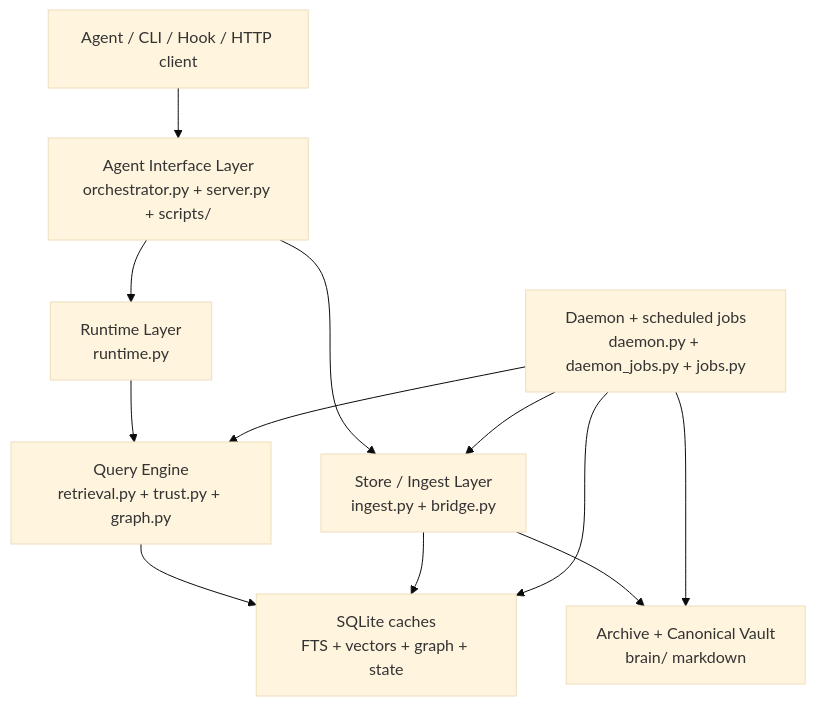
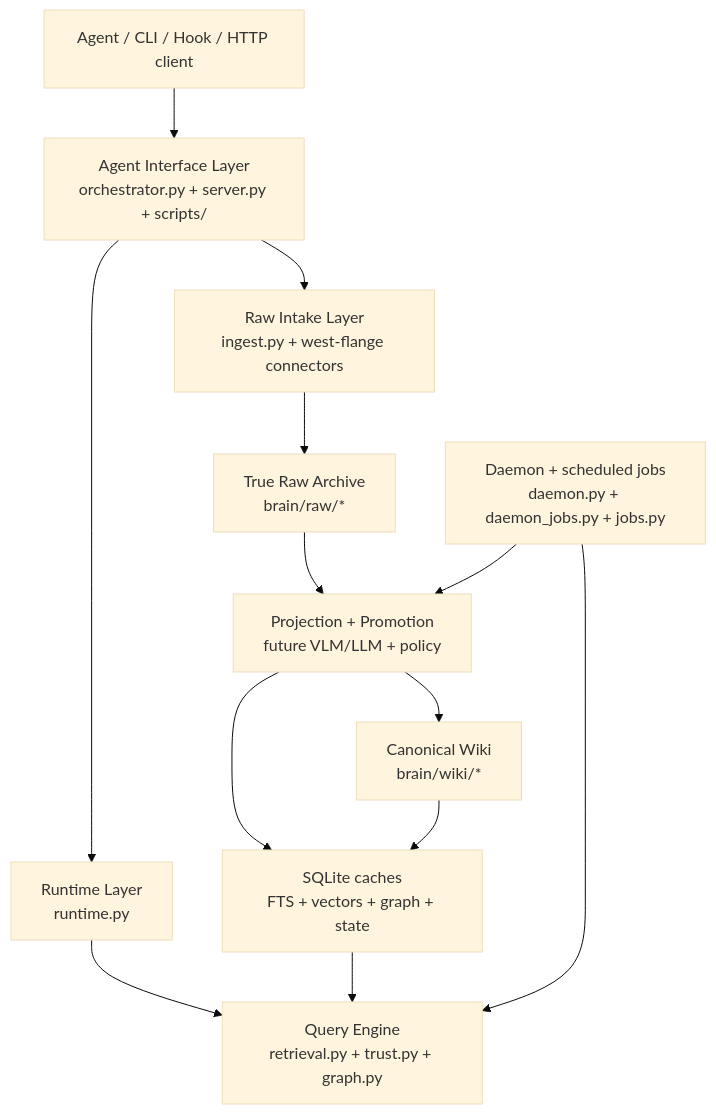
One commit to Jianyu010/MnemonicOS changed the first of 5 diagrams in README.md. Above: the diagram before and after it, drawn with Mermaid (base theme). The commit also changed other lines of this file and 1 other file, not shown here.

Commit message:
Clarify bridge capture and raw intake architecture

````diff
--- a/README.md
+++ b/README.md
@@ -13,14 +13,15 @@
 ```mermaid
 flowchart TD
     A["Agent / CLI / Hook / HTTP client"] --> B["Agent Interface Layer<br/>orchestrator.py + server.py + scripts/"]
     B --> C["Runtime Layer<br/>runtime.py"]
     C --> D["Query Engine<br/>retrieval.py + trust.py + graph.py"]
-    B --> E["Store / Ingest Layer<br/>ingest.py + bridge.py"]
-    E --> F["Archive + Canonical Vault<br/>brain/ markdown"]
-    D --> G["SQLite caches<br/>FTS + vectors + graph + state"]
-    E --> G
-    H["Daemon + scheduled jobs<br/>daemon.py + daemon_jobs.py + jobs.py"] --> E
+    B --> E["Raw Intake Layer<br/>ingest.py + west-flange connectors"]
+    E --> F["True Raw Archive<br/>brain/raw/*"]
+    F --> I
+    H["Daemon + scheduled jobs<br/>daemon.py + daemon_jobs.py + jobs.py"] --> I["Projection + Promotion<br/>future VLM/LLM + policy"]
+    I --> J["Canonical Wiki<br/>brain/wiki/*"]
+    I --> G["SQLite caches<br/>FTS + vectors + graph + state"]
+    G --> D
     H --> D
-    H --> F
-    H --> G
+    J --> G
 ```
````
